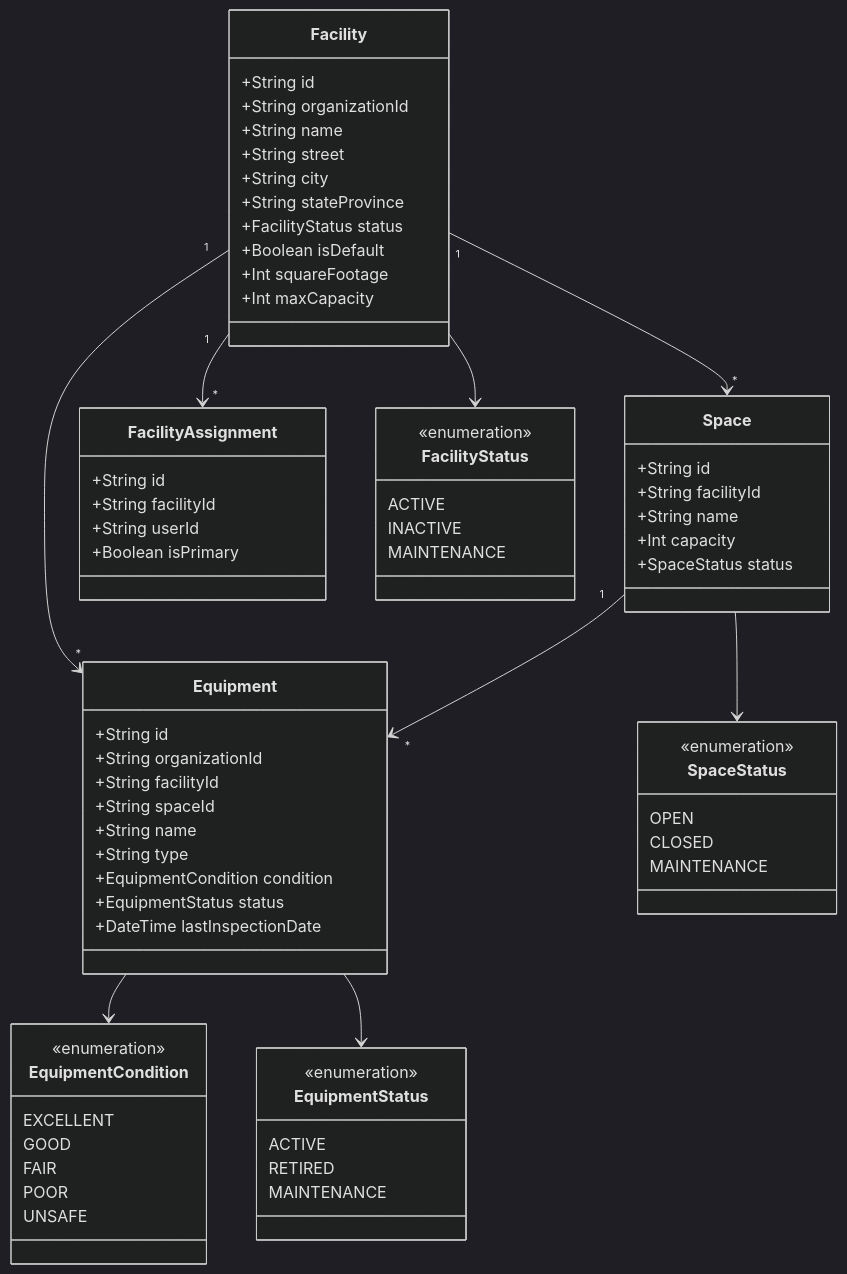
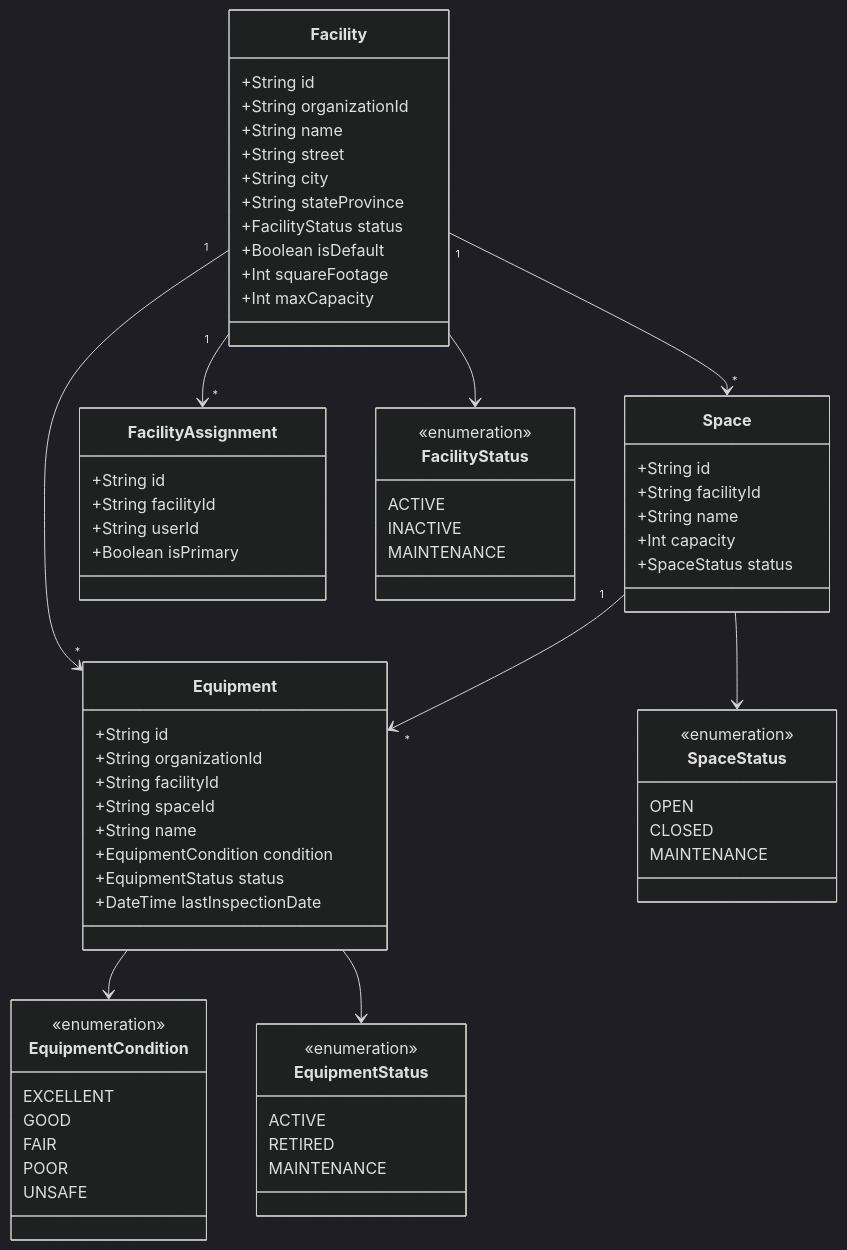
Before and after one commit to nadilifter/twizzle: the seventh of 13 diagrams in docs/data-structure.md, drawn with Mermaid (dark theme). The commit also changed 8 other files, not shown here.

````diff
--- a/docs/data-structure.md
+++ b/docs/data-structure.md
@@ -347,81 +347,80 @@
 ```mermaid
 classDiagram
     class Facility {
         +String id
         +String organizationId
         +String name
         +String street
         +String city
         +String stateProvince
         +FacilityStatus status
         +Boolean isDefault
         +Int squareFootage
         +Int maxCapacity
     }
 
     class Space {
         +String id
         +String facilityId
         +String name
         +Int capacity
         +SpaceStatus status
     }
 
     class Equipment {
         +String id
         +String organizationId
         +String facilityId
         +String spaceId
         +String name
-        +String type
         +EquipmentCondition condition
         +EquipmentStatus status
         +DateTime lastInspectionDate
     }
 
     class FacilityAssignment {
         +String id
         +String facilityId
         +String userId
         +Boolean isPrimary
     }
 
     class FacilityStatus {
         <<enumeration>>
         ACTIVE
         INACTIVE
         MAINTENANCE
     }
 
     class SpaceStatus {
         <<enumeration>>
         OPEN
         CLOSED
         MAINTENANCE
     }
 
     class EquipmentCondition {
         <<enumeration>>
         EXCELLENT
         GOOD
         FAIR
         POOR
         UNSAFE
     }
 
     class EquipmentStatus {
         <<enumeration>>
         ACTIVE
         RETIRED
         MAINTENANCE
     }
 
     Facility "1" --> "*" Space
     Facility "1" --> "*" Equipment
     Facility "1" --> "*" FacilityAssignment
     Space "1" --> "*" Equipment
     Facility --> FacilityStatus
     Space --> SpaceStatus
     Equipment --> EquipmentCondition
     Equipment --> EquipmentStatus
 ```
````
